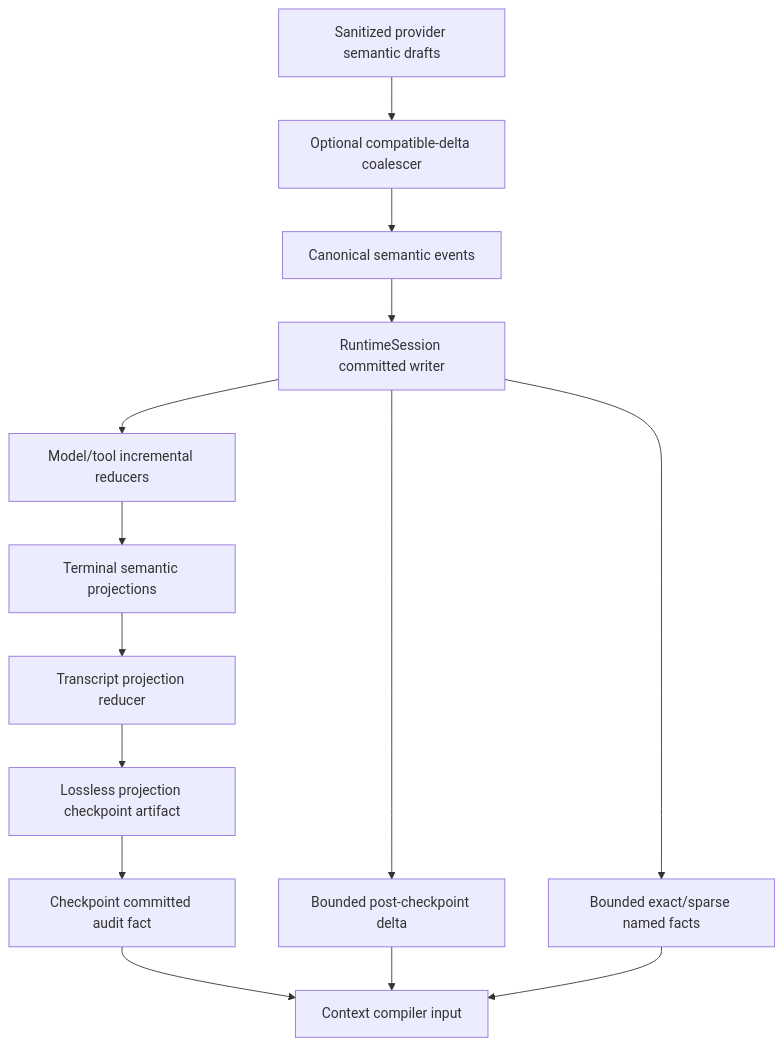
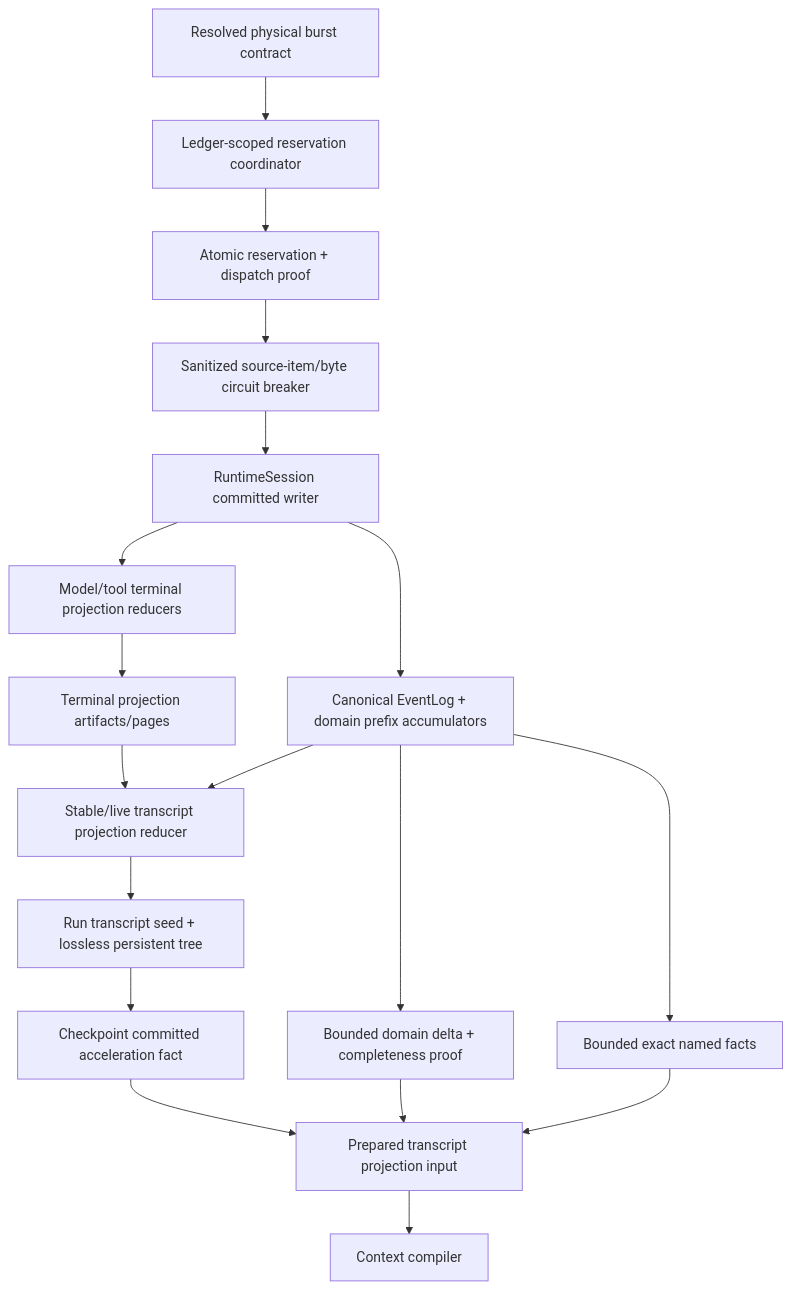
One commit to plumliu/pulsara-agent changed the diagram in PULSARA_AUTHORITY_MATERIALIZATION_AND_LOSSLESS_TRANSCRIPT_PROJECTION_DESIGN.zh.md. Above: the diagram before and after it, drawn with Mermaid. The commit also changed other lines of this file and 138 other files, not shown here.

Commit message:
Hard-cut authority materialization and lossless transcript projection

````diff
--- a/PULSARA_AUTHORITY_MATERIALIZATION_AND_LOSSLESS_TRANSCRIPT_PROJECTION_DESIGN.zh.md
+++ b/PULSARA_AUTHORITY_MATERIALIZATION_AND_LOSSLESS_TRANSCRIPT_PROJECTION_DESIGN.zh.md
@@ -344,16 +436,20 @@
 ```mermaid
 flowchart TD
-    A["Sanitized provider semantic drafts"] --> B["Optional compatible-delta coalescer"]
-    B --> C["Canonical semantic events"]
-    C --> D["RuntimeSession committed writer"]
-    D --> E["Model/tool incremental reducers"]
-    E --> F["Terminal semantic projections"]
-    F --> G["Transcript projection reducer"]
-    G --> H["Lossless projection checkpoint artifact"]
-    H --> I["Checkpoint committed audit fact"]
-    I --> J["Context compiler input"]
-    D --> K["Bounded post-checkpoint delta"]
-    K --> J
-    D --> L["Bounded exact/sparse named facts"]
-    L --> J
+    A["Resolved physical burst contract"] --> B["Ledger-scoped reservation coordinator"]
+    B --> C["Atomic reservation + dispatch proof"]
+    C --> D["Sanitized source-item/byte circuit breaker"]
+    D --> E["RuntimeSession committed writer"]
+    E --> F["Canonical EventLog + domain prefix accumulators"]
+    E --> G["Model/tool terminal projection reducers"]
+    G --> H["Terminal projection artifacts/pages"]
+    H --> I["Stable/live transcript projection reducer"]
+    F --> I
+    I --> J["Run transcript seed + lossless persistent tree"]
+    J --> K["Checkpoint committed acceleration fact"]
+    F --> L["Bounded domain delta + completeness proof"]
+    F --> M["Bounded exact named facts"]
+    K --> N["Prepared transcript projection input"]
+    L --> N
+    M --> N
+    N --> O["Context compiler"]
 ```
````
